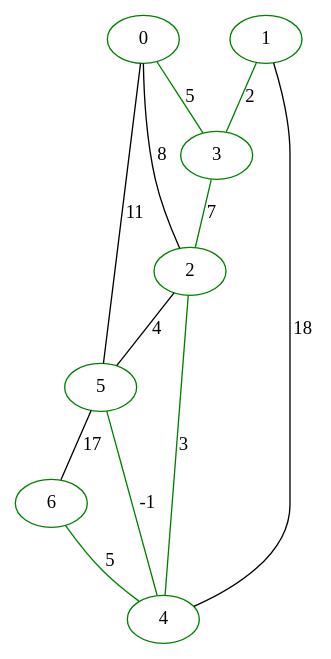
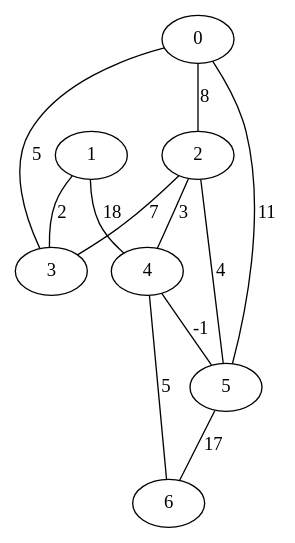
One commit to enzobonf/algoritmos-grafos changed the diagram in output.dot. Above: the diagram before and after it, drawn with Graphviz. The commit also changed 3 other files, not shown here.

```diff
--- a/output.dot
+++ b/output.dot
@@ -1,20 +1,20 @@
 graph G {
-0 [label="0", color=green];
-1 [label="1", color=green];
-2 [label="2", color=green];
-3 [label="3", color=green];
-4 [label="4", color=green];
-5 [label="5", color=green];
-6 [label="6", color=green];
-5 -- 4 [label="-1", color=green];
-1 -- 3 [label="2", color=green];
-2 -- 4 [label="3", color=green];
-0 -- 3 [label="5", color=green];
-6 -- 4 [label="5", color=green];
-3 -- 2 [label="7", color=green];
+0 [label="0"];
+1 [label="1"];
+2 [label="2"];
+3 [label="3"];
+4 [label="4"];
+5 [label="5"];
+6 [label="6"];
 0 -- 2 [label="8"];
+0 -- 3 [label="5"];
 0 -- 5 [label="11"];
+1 -- 3 [label="2"];
 1 -- 4 [label="18"];
+2 -- 3 [label="7"];
+2 -- 4 [label="3"];
 2 -- 5 [label="4"];
+4 -- 5 [label="-1"];
+4 -- 6 [label="5"];
 5 -- 6 [label="17"];
 }
```
